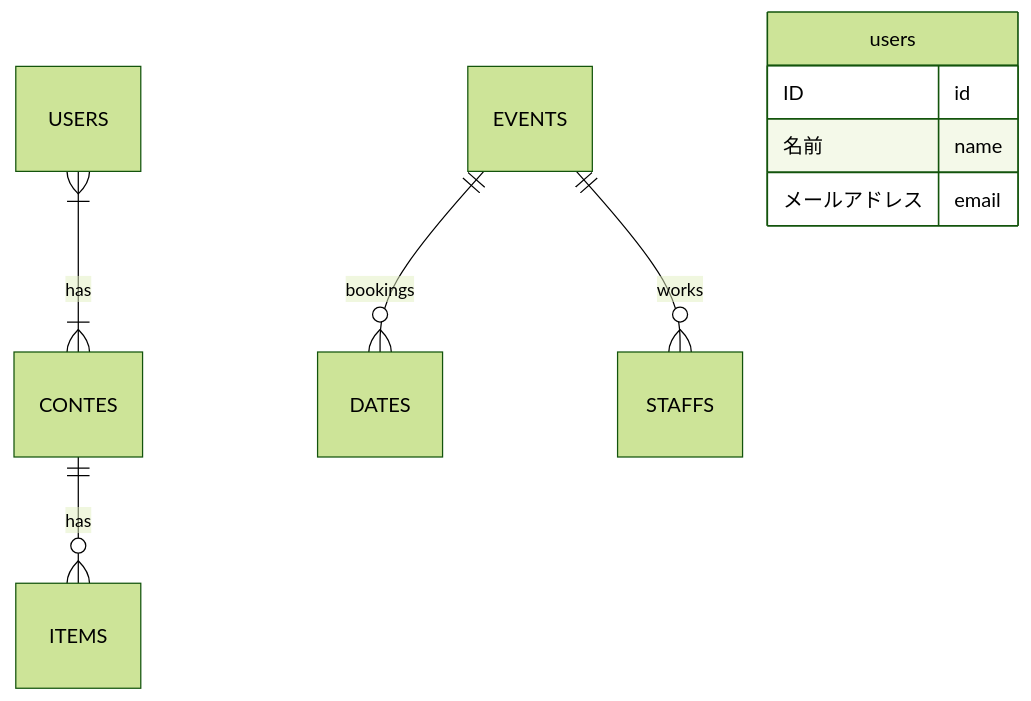
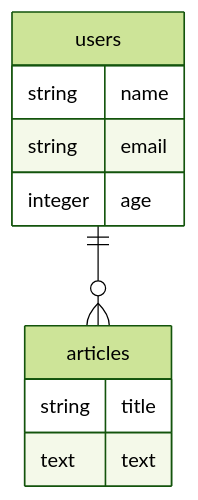
Before and after one commit to rtkjm22/homeCareNavi_2nd_API: the diagram in README.md, drawn with Mermaid (forest theme).

````diff
--- a/README.md
+++ b/README.md
@@ -36,13 +36,15 @@
 ```mermaid
 erDiagram
-    USERS }|--|{ CONTES : has
-    CONTES ||--o{ ITEMS : has
-    EVENTS ||--o{ DATES : bookings
-    EVENTS ||--o{ STAFFS : works
-    
-    users {
-      ID id
-      名前 name
-      メールアドレス email
-    }
+    users ||--o{ articles: ""
+
+users {
+  string name
+  string email
+  integer age
+}
+
+articles {
+  string title
+  text text
+}
 ```
````
